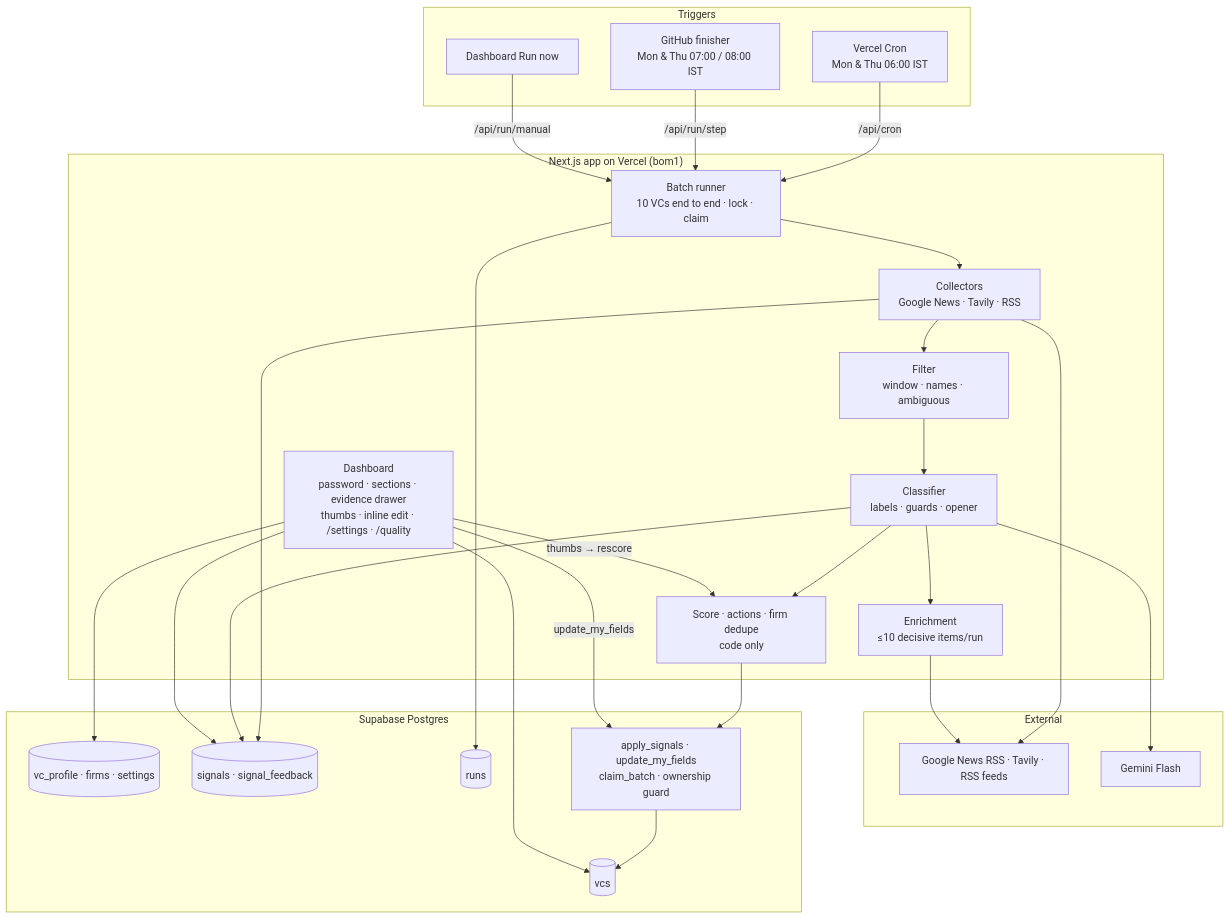
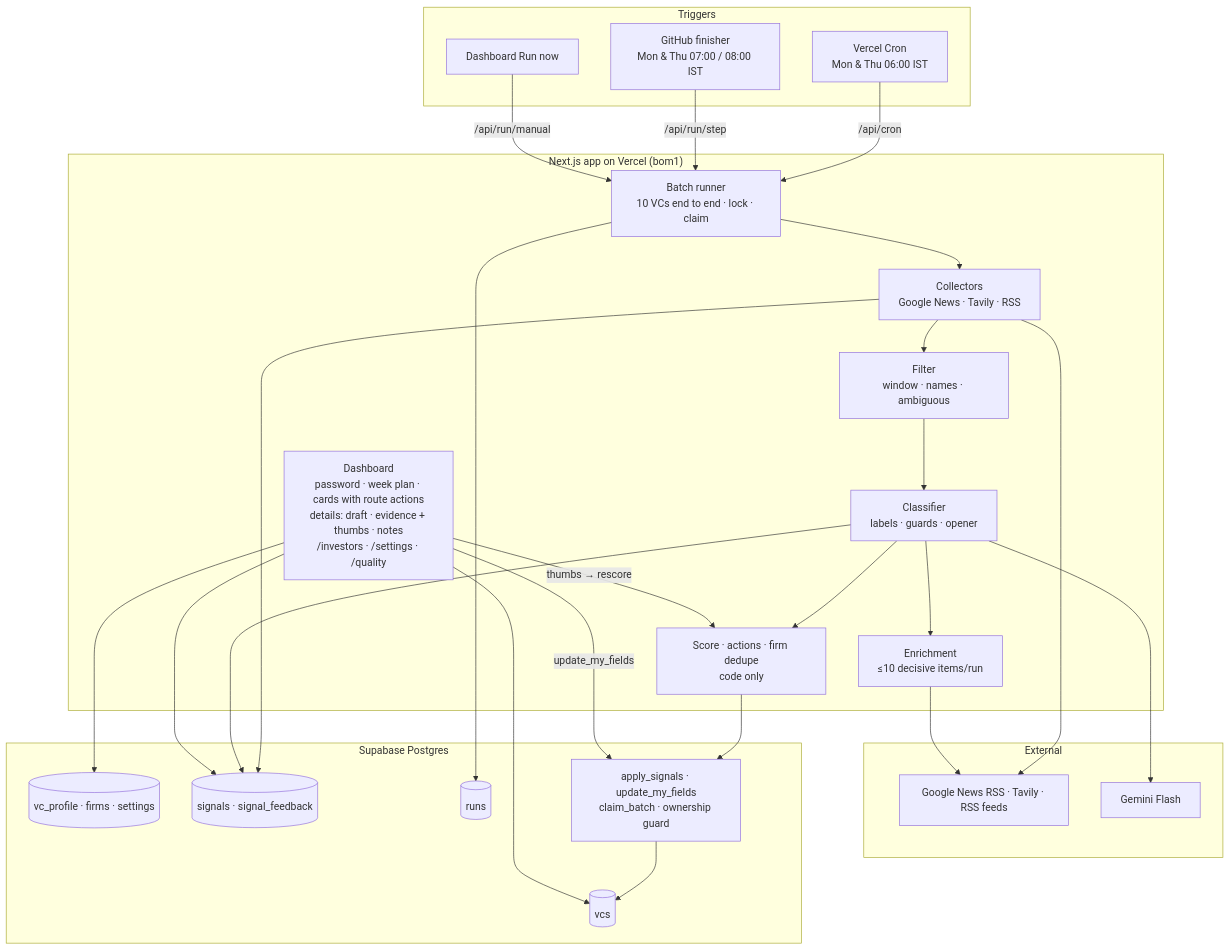
The diagram in README.md (utkarshmesa/DashboardVC), drawn with Mermaid before and after one commit. The commit also changed 1 other file, not shown here.

Commit message:
STATUS: full build status after 5d, 5e and the frontend stress test; demo script for the redesign

````diff
--- a/README.md
+++ b/README.md
@@ -100,41 +100,41 @@
 ```mermaid
 flowchart TB
   subgraph Triggers
     CRON[Vercel Cron<br/>Mon & Thu 06:00 IST]
     GH[GitHub finisher<br/>Mon & Thu 07:00 / 08:00 IST]
     RUNNOW[Dashboard Run now]
   end
   subgraph Vercel["Next.js app on Vercel (bom1)"]
-    DASH[Dashboard<br/>password · sections · evidence drawer<br/>thumbs · inline edit · /settings · /quality]
+    DASH[Dashboard<br/>password · week plan · cards with route actions<br/>details: draft · evidence + thumbs · notes<br/>/investors · /settings · /quality]
     RUN[Batch runner<br/>10 VCs end to end · lock · claim]
     COL[Collectors<br/>Google News · Tavily · RSS] --> FIL[Filter<br/>window · names · ambiguous] --> CLS[Classifier<br/>labels · guards · opener] --> SCO[Score · actions · firm dedupe<br/>code only]
     ENR[Enrichment<br/>≤10 decisive items/run]
   end
   subgraph External
     SRC[Google News RSS · Tavily · RSS feeds]
     GEM[Gemini Flash]
   end
   subgraph Supabase["Supabase Postgres"]
     VCS[(vcs)]
     PRO[(vc_profile · firms · settings)]
     SIG[(signals · signal_feedback)]
     RUNS[(runs)]
     RPC[apply_signals · update_my_fields<br/>claim_batch · ownership guard]
   end
   CRON -->|/api/cron| RUN
   GH -->|/api/run/step| RUN
   RUNNOW -->|/api/run/manual| RUN
   RUN --> COL
   COL --> SRC
   CLS --> GEM
   CLS --> ENR --> SRC
   COL --> SIG
   CLS --> SIG
   RUN --> RUNS
   SCO --> RPC --> VCS
   DASH -->|update_my_fields| RPC
   DASH -->|thumbs → rescore| SCO
   DASH --> VCS
   DASH --> SIG
   DASH --> PRO
 ```
````
